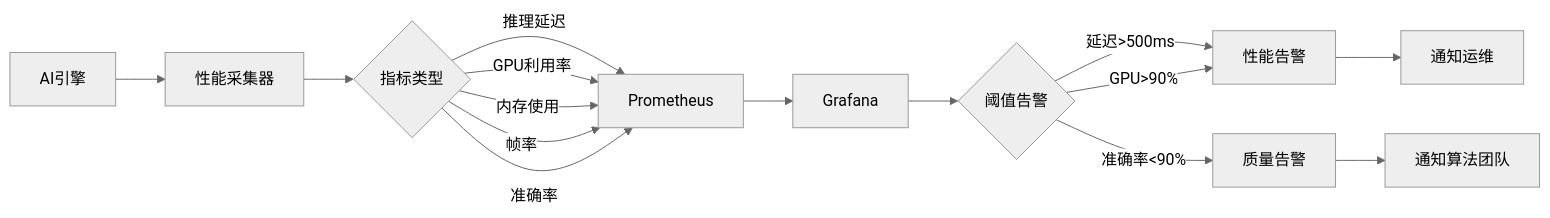
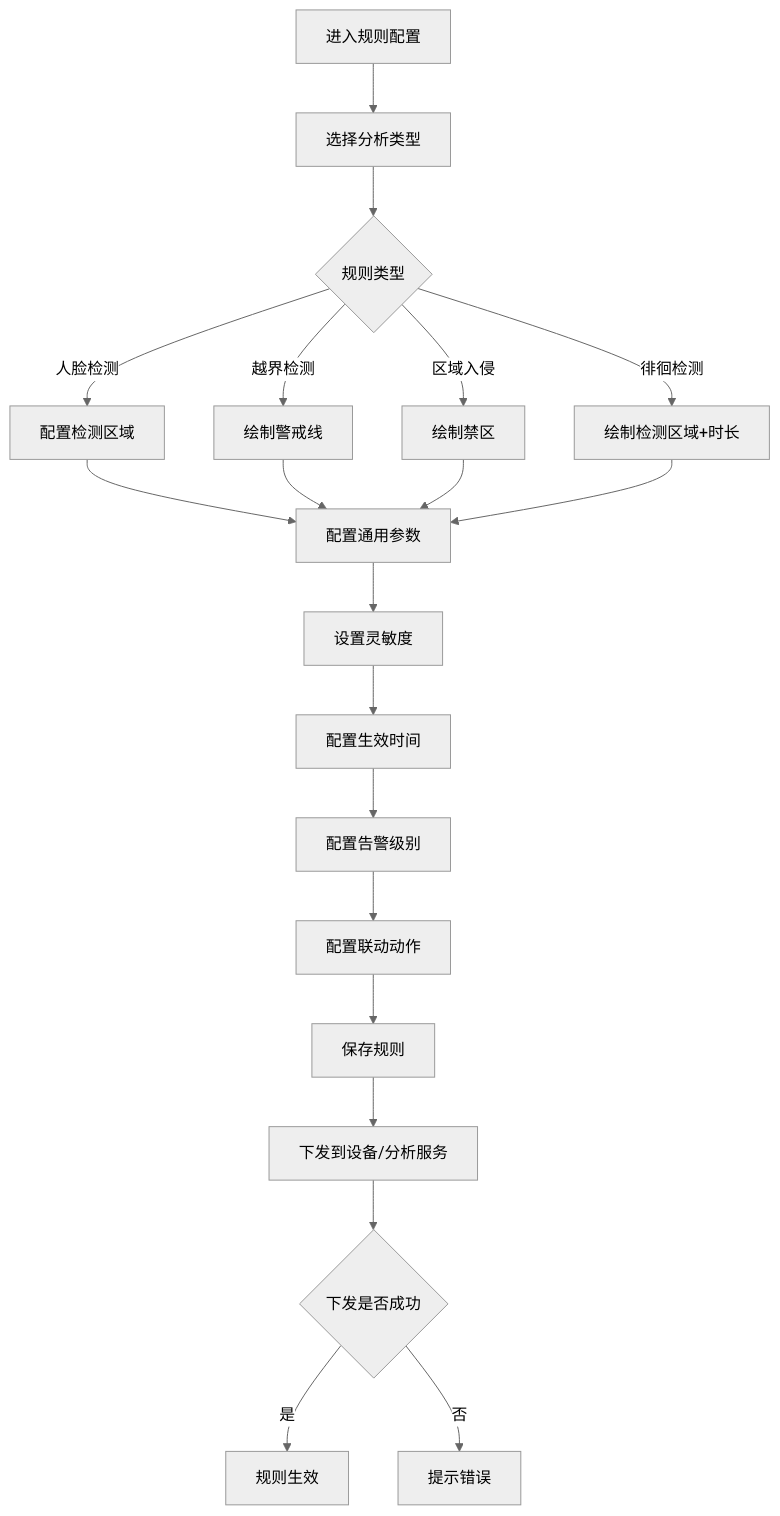
The fifth of 5 diagrams in documentation/业务模块/05-视频管理模块/04-行为分析/业务流程图.md (wilson323/IOE-DREAMfornew), drawn with Mermaid (neutral theme) before and after one commit. The commit also changed other lines of this file and 8 other files, not shown here.

````diff
--- a/documentation/业务模块/05-视频管理模块/04-行为分析/业务流程图.md
+++ b/documentation/业务模块/05-视频管理模块/04-行为分析/业务流程图.md
@@ -216,21 +101,22 @@
 ```mermaid
-flowchart LR
-    A[AI引擎] --> B[性能采集器]
-    B --> C{指标类型}
-    
-    C -->|推理延迟| D[Prometheus]
-    C -->|GPU利用率| D
-    C -->|内存使用| D
-    C -->|帧率| D
-    C -->|准确率| D
-    
-    D --> E[Grafana]
-    E --> F{阈值告警}
-    
-    F -->|延迟>500ms| G[性能告警]
-    F -->|GPU>90%| G
-    F -->|准确率<90%| H[质量告警]
-    
-    G --> I[通知运维]
-    H --> J[通知算法团队]
+flowchart TD
+    A[进入规则配置] --> B[选择分析类型]
+    B --> C{规则类型}
+    C -->|人脸检测| D[配置检测区域]
+    C -->|越界检测| E[绘制警戒线]
+    C -->|区域入侵| F[绘制禁区]
+    C -->|徘徊检测| G[绘制检测区域+时长]
+    D --> H[配置通用参数]
+    E --> H
+    F --> H
+    G --> H
+    H --> I[设置灵敏度]
+    I --> J[配置生效时间]
+    J --> K[配置告警级别]
+    K --> L[配置联动动作]
+    L --> M[保存规则]
+    M --> N[下发到设备/分析服务]
+    N --> O{下发是否成功}
+    O -->|是| P[规则生效]
+    O -->|否| Q[提示错误]
 ```
````
